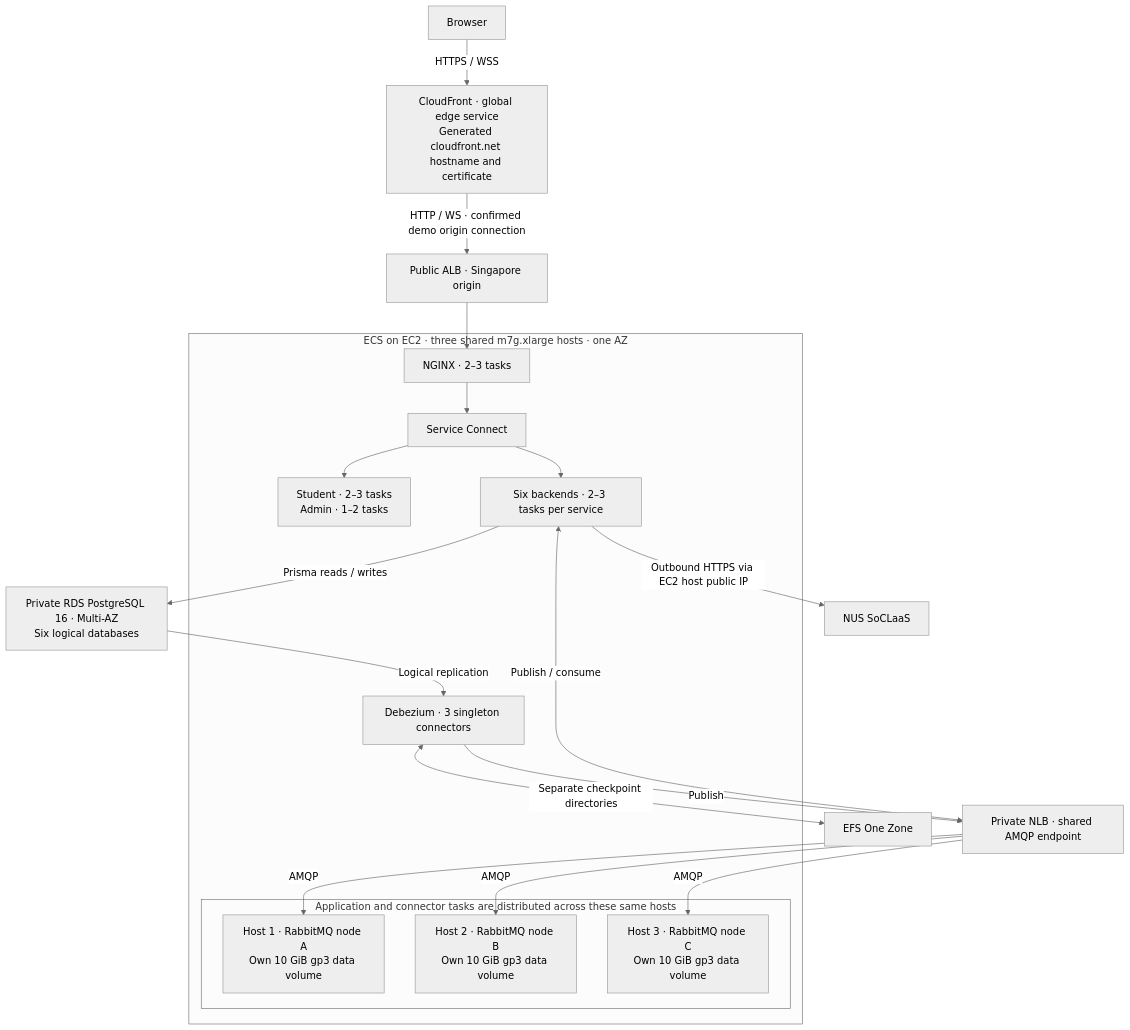
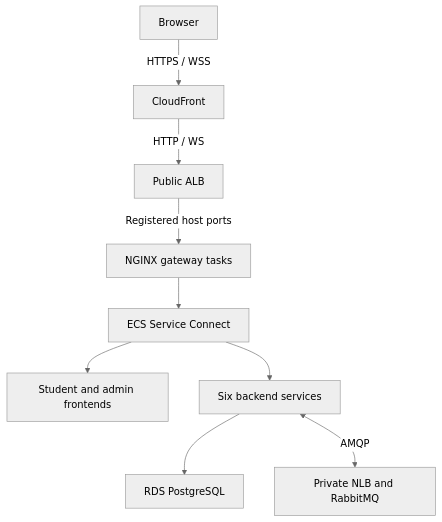
The first of 2 diagrams in docs/new-cloud-architecture-guide.md (AY2627S1-CS3219-P25/friend-on-campus), drawn with Mermaid (neutral theme) before and after one commit. The commit also changed other lines of this file and 63 other files, not shown here.

````diff
--- a/docs/new-cloud-architecture-guide.md
+++ b/docs/new-cloud-architecture-guide.md
@@ -67,27 +48,11 @@
 ```mermaid
-%% AI-generated (edited by ngkhengyang)
 flowchart TB
-    Browser["Browser"] -->|"HTTPS / WSS"| CF["CloudFront · global edge service<br/>Generated cloudfront.net hostname and certificate"]
-    CF -->|"HTTP / WS · confirmed demo origin connection"| ALB["Public ALB · Singapore origin"]
-    subgraph Fleet["ECS on EC2 · three shared m7g.xlarge hosts · one AZ"]
-        NGINX["NGINX · 2–3 tasks"] --> SC["Service Connect"]
-        SC --> FE["Student · 2–3 tasks<br/>Admin · 1–2 tasks"]
-        SC --> API["Six backends · 2–3 tasks per service"]
-        CDC["Debezium · 3 singleton connectors"]
-        subgraph Hosts["Application and connector tasks are distributed across these same hosts"]
-            H1["Host 1 · RabbitMQ node A<br/>Own 10 GiB gp3 data volume"]
-            H2["Host 2 · RabbitMQ node B<br/>Own 10 GiB gp3 data volume"]
-            H3["Host 3 · RabbitMQ node C<br/>Own 10 GiB gp3 data volume"]
-        end
-    end
-    ALB --> NGINX
-    API -->|"Prisma reads / writes"| RDS["Private RDS PostgreSQL 16 · Multi-AZ<br/>Six logical databases"]
-    RDS -->|"Logical replication"| CDC
-    CDC <-->|"Separate checkpoint directories"| EFS["EFS One Zone"]
-    CDC -->|"Publish"| NLB["Private NLB · shared AMQP endpoint"]
-    API <-->|"Publish / consume"| NLB
-    NLB -->|"AMQP"| H1
-    NLB -->|"AMQP"| H2
-    NLB -->|"AMQP"| H3
-    API -->|"Outbound HTTPS via EC2 host public IP"| SoCLaaS["NUS SoCLaaS"]
+    Browser["Browser"] -->|"HTTPS / WSS"| Edge["CloudFront"]
+    Edge -->|"HTTP / WS"| ALB["Public ALB"]
+    ALB -->|"Registered host ports"| Gateway["NGINX gateway tasks"]
+    Gateway --> Connect["ECS Service Connect"]
+    Connect --> Apps["Student and admin frontends"]
+    Connect --> APIs["Six backend services"]
+    APIs --> RDS["RDS PostgreSQL"]
+    APIs <-->|"AMQP"| Broker["Private NLB and RabbitMQ"]
 ```
````
